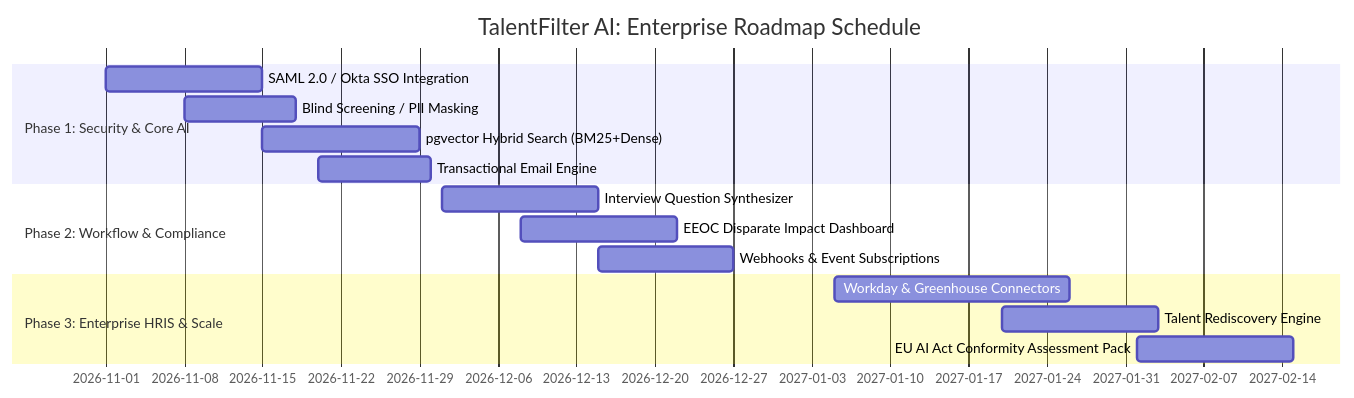
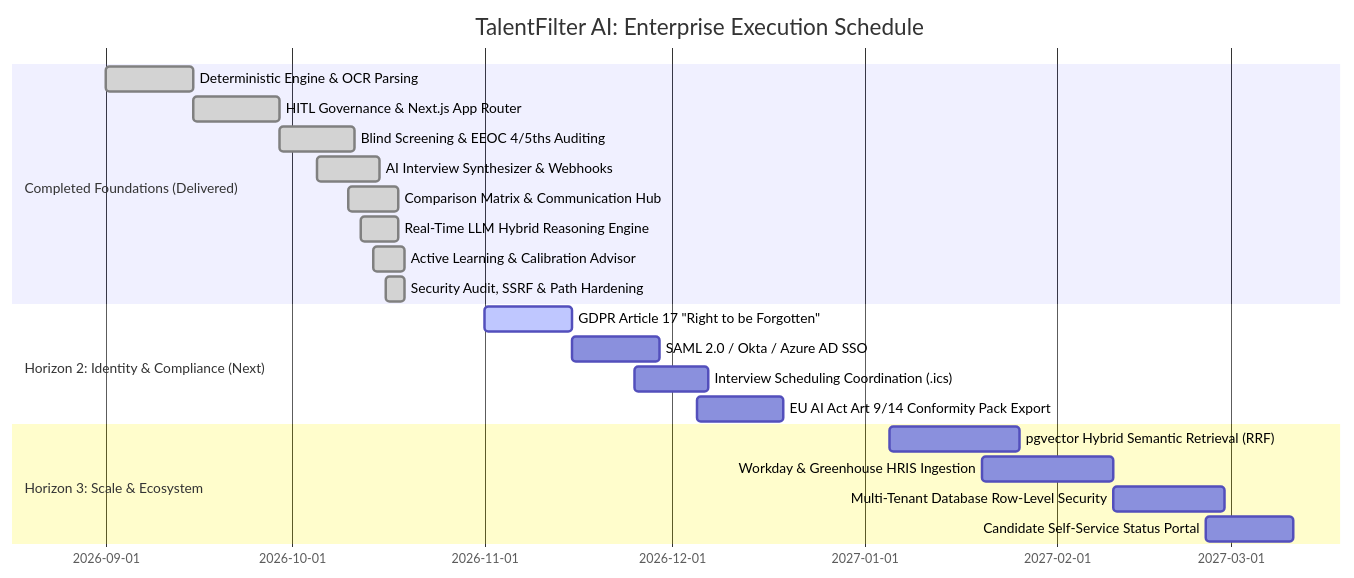
Before and after one commit to KHUZEMAHSAEED/ats-screening-platform: the diagram in ENTERPRISE_PRODUCT_ROADMAP.md, drawn with Mermaid. The commit also changed other lines of this file and 1 other file, not shown here.

Commit message:
docs(roadmap): update enterprise roadmap with implemented capabilities and remaining phases

````diff
--- a/ENTERPRISE_PRODUCT_ROADMAP.md
+++ b/ENTERPRISE_PRODUCT_ROADMAP.md
@@ -162,18 +214,27 @@
 ```mermaid
 gantt
-    title TalentFilter AI: Enterprise Roadmap Schedule
+    title TalentFilter AI: Enterprise Execution Schedule
     dateFormat  YYYY-MM-DD
-    section Phase 1: Security & Core AI
-    SAML 2.0 / Okta SSO Integration      :p1_1, 2026-11-01, 14d
-    Blind Screening / PII Masking        :p1_2, 2026-11-08, 10d
-    pgvector Hybrid Search (BM25+Dense)  :p1_3, 2026-11-15, 14d
-    Transactional Email Engine           :p1_4, 2026-11-20, 10d
-    section Phase 2: Workflow & Compliance
-    Interview Question Synthesizer       :p2_1, 2026-12-01, 14d
-    EEOC Disparate Impact Dashboard      :p2_2, 2026-12-08, 14d
-    Webhooks & Event Subscriptions       :p2_3, 2026-12-15, 12d
-    section Phase 3: Enterprise HRIS & Scale
-    Workday & Greenhouse Connectors      :p3_1, 2027-01-05, 21d
-    Talent Rediscovery Engine            :p3_2, 2027-01-20, 14d
-    EU AI Act Conformity Assessment Pack :p3_3, 2027-02-01, 14d
+    
+    section Completed Foundations (Delivered)
+    Deterministic Engine & OCR Parsing        :done, c1, 2026-09-01, 14d
+    HITL Governance & Next.js App Router      :done, c2, 2026-09-15, 14d
+    Blind Screening & EEOC 4/5ths Auditing    :done, c3, 2026-09-29, 12d
+    AI Interview Synthesizer & Webhooks       :done, c4, 2026-10-05, 10d
+    Comparison Matrix & Communication Hub     :done, c5, 2026-10-10, 8d
+    Real-Time LLM Hybrid Reasoning Engine     :done, c6, 2026-10-12, 6d
+    Active Learning & Calibration Advisor     :done, c7, 2026-10-14, 5d
+    Security Audit, SSRF & Path Hardening     :done, c8, 2026-10-16, 3d
+
+    section Horizon 2: Identity & Compliance (Next)
+    GDPR Article 17 "Right to be Forgotten"   :active, h2_1, 2026-11-01, 14d
+    SAML 2.0 / Okta / Azure AD SSO            :h2_2, 2026-11-15, 14d
+    Interview Scheduling Coordination (.ics)  :h2_3, 2026-11-25, 12d
+    EU AI Act Art 9/14 Conformity Pack Export :h2_4, 2026-12-05, 14d
+
+    section Horizon 3: Scale & Ecosystem
+    pgvector Hybrid Semantic Retrieval (RRF)  :h3_1, 2027-01-05, 21d
+    Workday & Greenhouse HRIS Ingestion       :h3_2, 2027-01-20, 21d
+    Multi-Tenant Database Row-Level Security  :h3_3, 2027-02-10, 18d
+    Candidate Self-Service Status Portal      :h3_4, 2027-02-25, 14d
 ```
````
